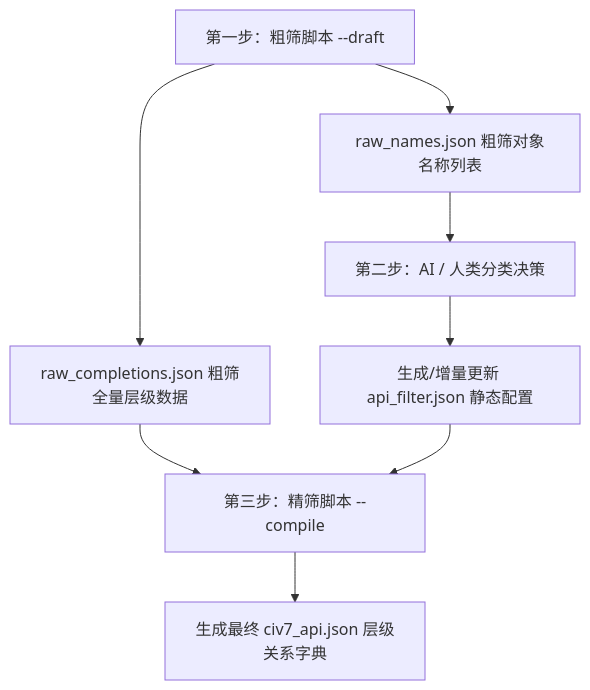
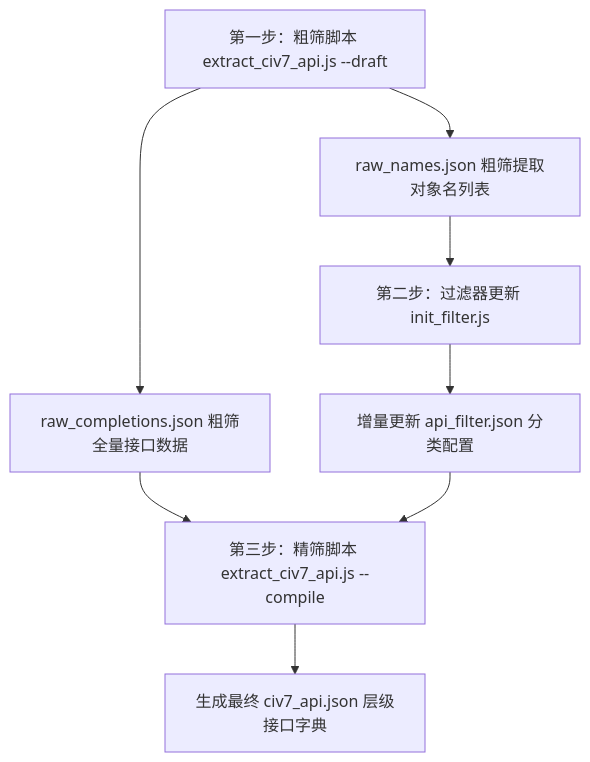
One commit to F1rstDan/Civ7_API changed the diagram in docs/_plan/api_extractor_plan.md. Above: the diagram before and after it, drawn with Mermaid. The commit also changed other lines of this file and 3 other files, not shown here.

````diff
--- a/docs/_plan/api_extractor_plan.md
+++ b/docs/_plan/api_extractor_plan.md
@@ -23,10 +11,10 @@
 ```mermaid
 graph TD
-    A[第一步：粗筛脚本 --draft] --> B1[raw_completions.json 粗筛全量层级数据]
-    A --> B2[raw_names.json 粗筛对象名称列表]
-    B2 --> C[第二步：AI / 人类分类决策]
-    C --> D[生成/增量更新 api_filter.json 静态配置]
-    B1 --> E[第三步：精筛脚本 --compile]
+    A[第一步：粗筛脚本 extract_civ7_api.js --draft] --> B1[raw_completions.json 粗筛全量接口数据]
+    A --> B2[raw_names.json 粗筛提取对象名列表]
+    B2 --> C[第二步：过滤器更新 init_filter.js]
+    C --> D[增量更新 api_filter.json 分类配置]
+    B1 --> E[第三步：精筛脚本 extract_civ7_api.js --compile]
     D --> E
-    E --> F[生成最终 civ7_api.json 层级关系字典]
+    E --> F[生成最终 civ7_api.json 层级接口字典]
 ```
````
